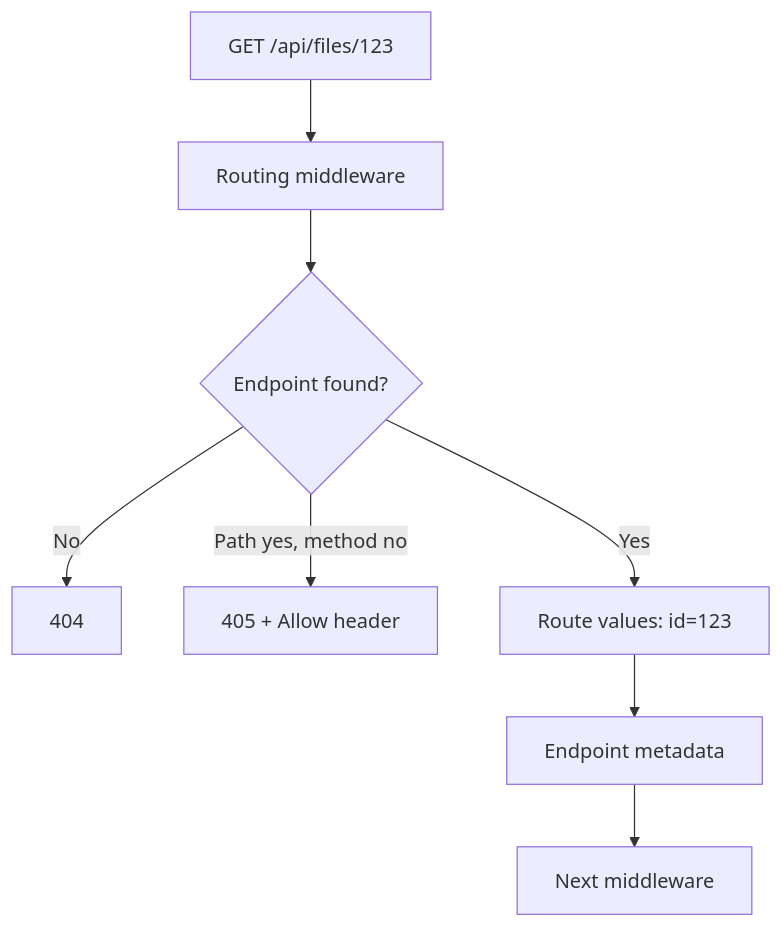
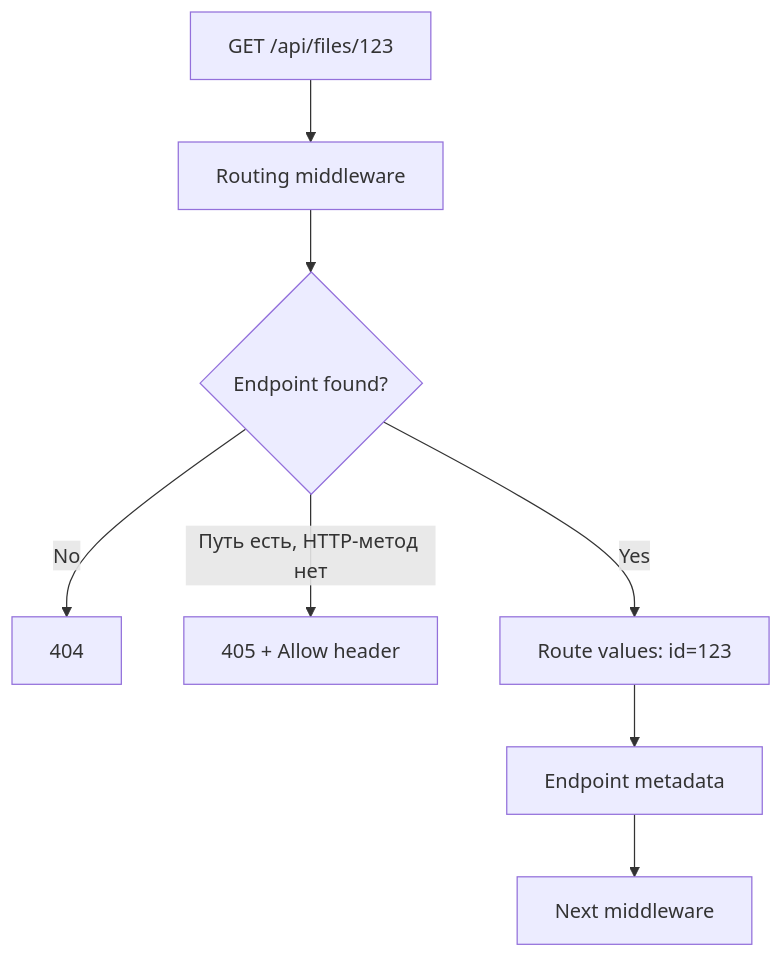
One commit to EugenTovarchi/Backend-Engineer-Handbook changed the diagram in 02_ASPNET_Core_Request_Pipeline/04_Routing_Endpoint_Selection.md. Above: the diagram before and after it, drawn with Mermaid. The commit also changed other lines of this file and 11 other files, not shown here.

````diff
--- a/02_ASPNET_Core_Request_Pipeline/04_Routing_Endpoint_Selection.md
+++ b/02_ASPNET_Core_Request_Pipeline/04_Routing_Endpoint_Selection.md
@@ -230,10 +230,10 @@
 ```mermaid
 flowchart TD
     Request[GET /api/files/123] --> Routing[Routing middleware]
     Routing --> Match{Endpoint found?}
     Match -- No --> NotFound[404]
-    Match -- Path yes, method no --> MethodNotAllowed[405 + Allow header]
+    Match -- Путь есть, HTTP-метод нет --> MethodNotAllowed[405 + Allow header]
     Match -- Yes --> Values[Route values: id=123]
     Values --> Metadata[Endpoint metadata]
     Metadata --> Next[Next middleware]
 ```
````
